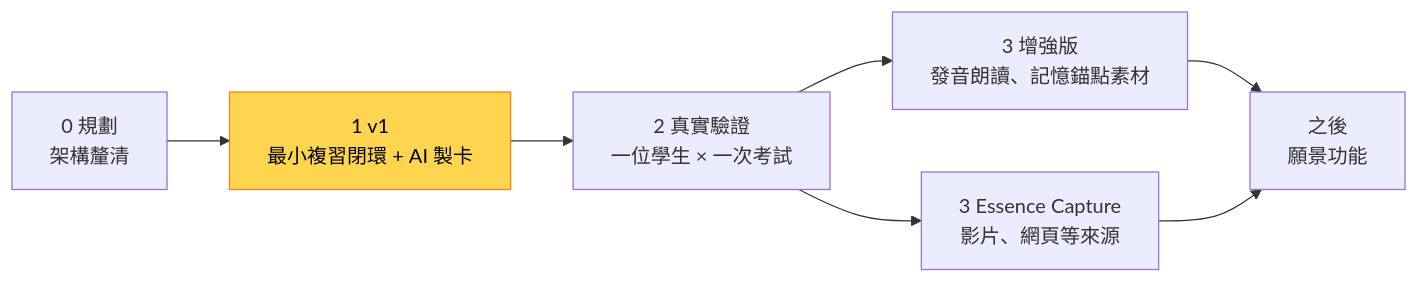
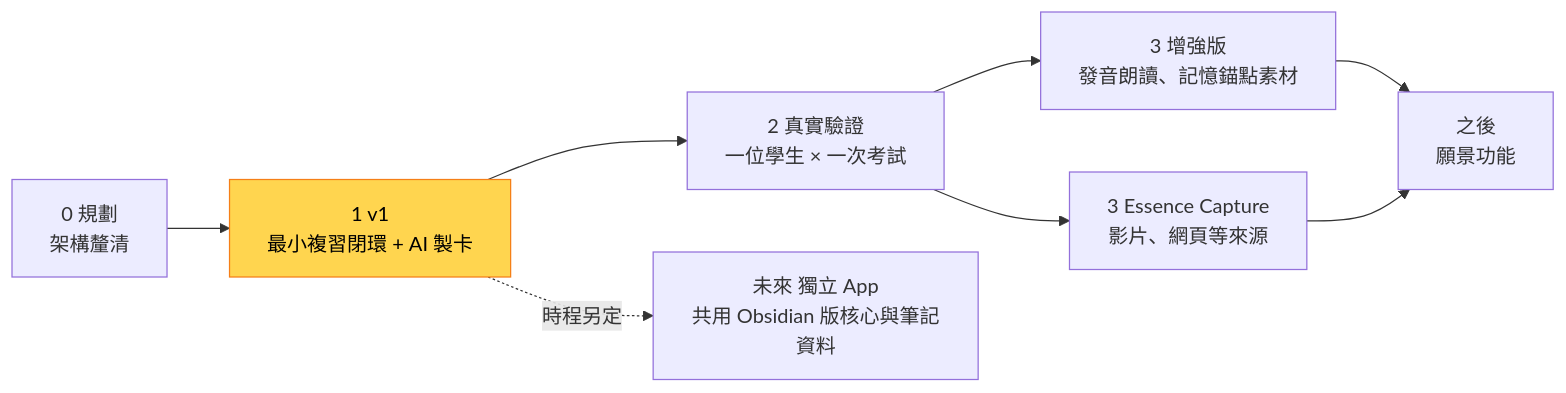
The diagram in docs/roadmap.md (kuohappiness/Essence-Cards), drawn with Mermaid before and after one commit. The commit also changed other lines of this file and 7 other files, not shown here.

Commit message:
docs: 將共用 Obsidian 核心的獨立 App 納入未來計畫 (D-129)

````diff
--- a/docs/roadmap.md
+++ b/docs/roadmap.md
@@ -38,10 +38,11 @@
 ```mermaid
 flowchart LR
   A["0 規劃<br/>架構釐清"] --> B["1 v1<br/>最小複習閉環 + AI 製卡"]:::now
   B --> C["2 真實驗證<br/>一位學生 × 一次考試"]
   C --> D["3 增強版<br/>發音朗讀、記憶錨點素材"]
   C --> E["3 Essence Capture<br/>影片、網頁等來源"]
+  B -.->|時程另定| G["未來 獨立 App<br/>共用 Obsidian 版核心與筆記資料"]
   D --> F["之後<br/>願景功能"]
   E --> F
   classDef now fill:#ffd54f,stroke:#f57f17,color:#000
 ```
````
